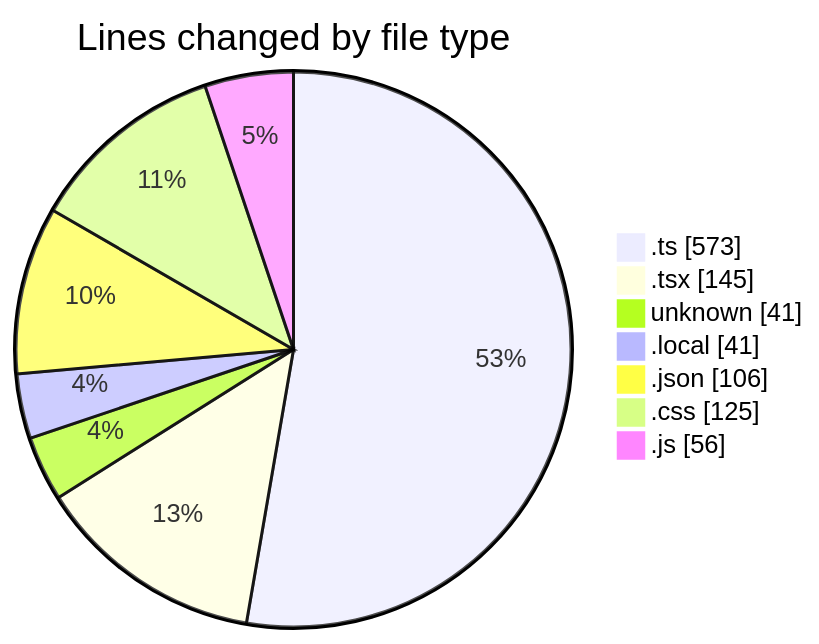
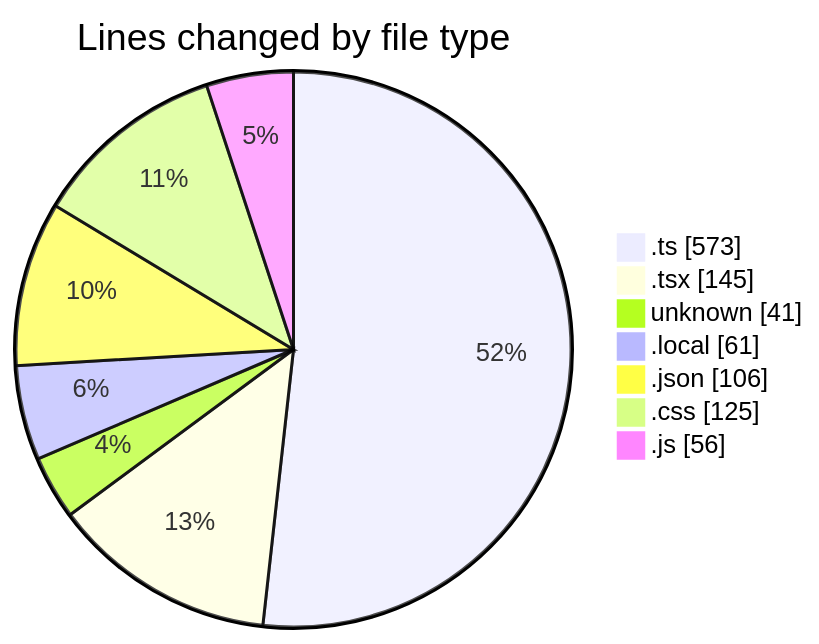
One commit to momahboobian/code-tracking changed the first of 2 diagrams in 2026-02-26/car_database/README.md. Above: the diagram before and after it, drawn with Mermaid. The commit also changed other lines of this file and 1 other file, not shown here.

````diff
--- a/2026-02-26/car_database/README.md
+++ b/2026-02-26/car_database/README.md
@@ -43,11 +43,11 @@
 ```mermaid
 pie showData
 title Lines changed by file type
 ".ts" : 573
 ".tsx" : 145
 "unknown" : 41
-".local" : 41
+".local" : 61
 ".json" : 106
 ".css" : 125
 ".js" : 56
 ```
````
